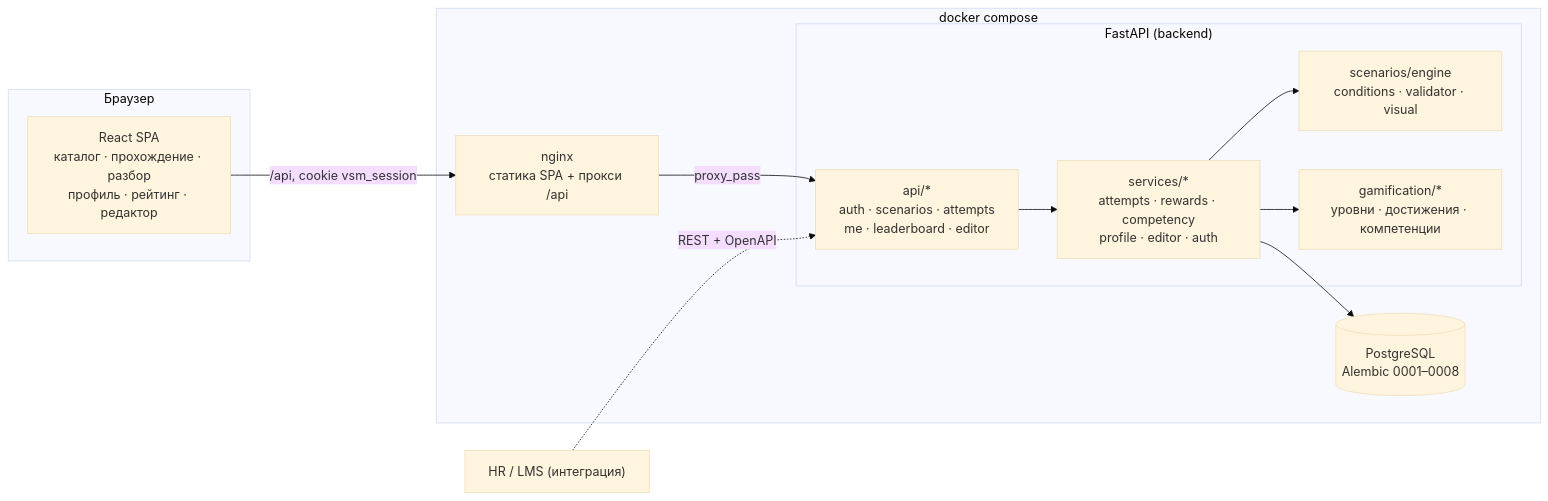
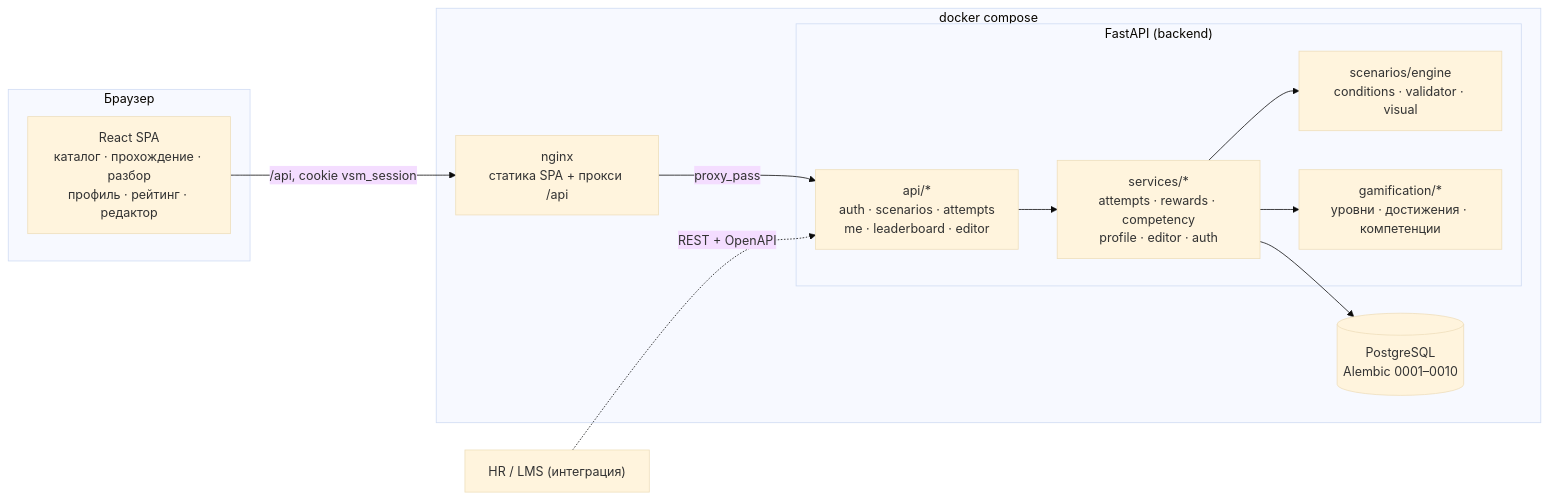
One commit to VPetr1/vsm-gamification changed the first of 2 diagrams in docs/architecture.md. Above: the diagram before and after it, drawn with Mermaid (base theme). The commit also changed other lines of this file and 27 other files, not shown here.

````diff
--- a/docs/architecture.md
+++ b/docs/architecture.md
@@ -5,23 +5,23 @@
 ```mermaid
 flowchart LR
     subgraph Browser["Браузер"]
         SPA["React SPA<br/>каталог · прохождение · разбор<br/>профиль · рейтинг · редактор"]
     end
     subgraph Docker["docker compose"]
         NGINX["nginx<br/>статика SPA + прокси /api"]
         subgraph API["FastAPI (backend)"]
             ROUTES["api/*<br/>auth · scenarios · attempts<br/>me · leaderboard · editor"]
             SERVICES["services/*<br/>attempts · rewards · competency<br/>profile · editor · auth"]
             ENGINE["scenarios/engine<br/>conditions · validator · visual"]
             RULES["gamification/*<br/>уровни · достижения · компетенции"]
         end
-        DB[("PostgreSQL<br/>Alembic 0001–0008")]
+        DB[("PostgreSQL<br/>Alembic 0001–0010")]
     end
     SPA -- "/api, cookie vsm_session" --> NGINX
     NGINX -- "proxy_pass" --> ROUTES
     ROUTES --> SERVICES
     SERVICES --> ENGINE
     SERVICES --> RULES
     SERVICES --> DB
     HR["HR / LMS (интеграция)"] -. "REST + OpenAPI" .-> ROUTES
 ```
````
